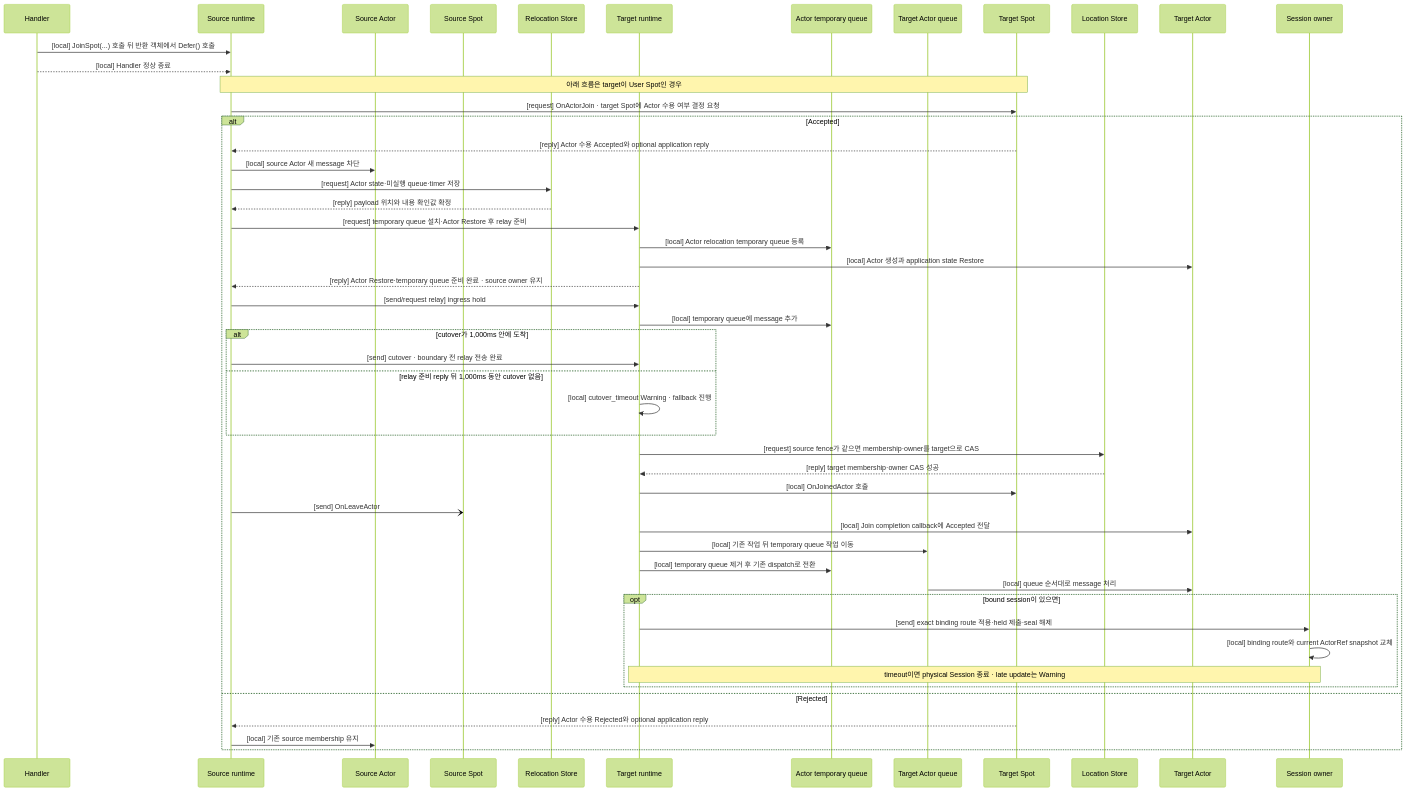
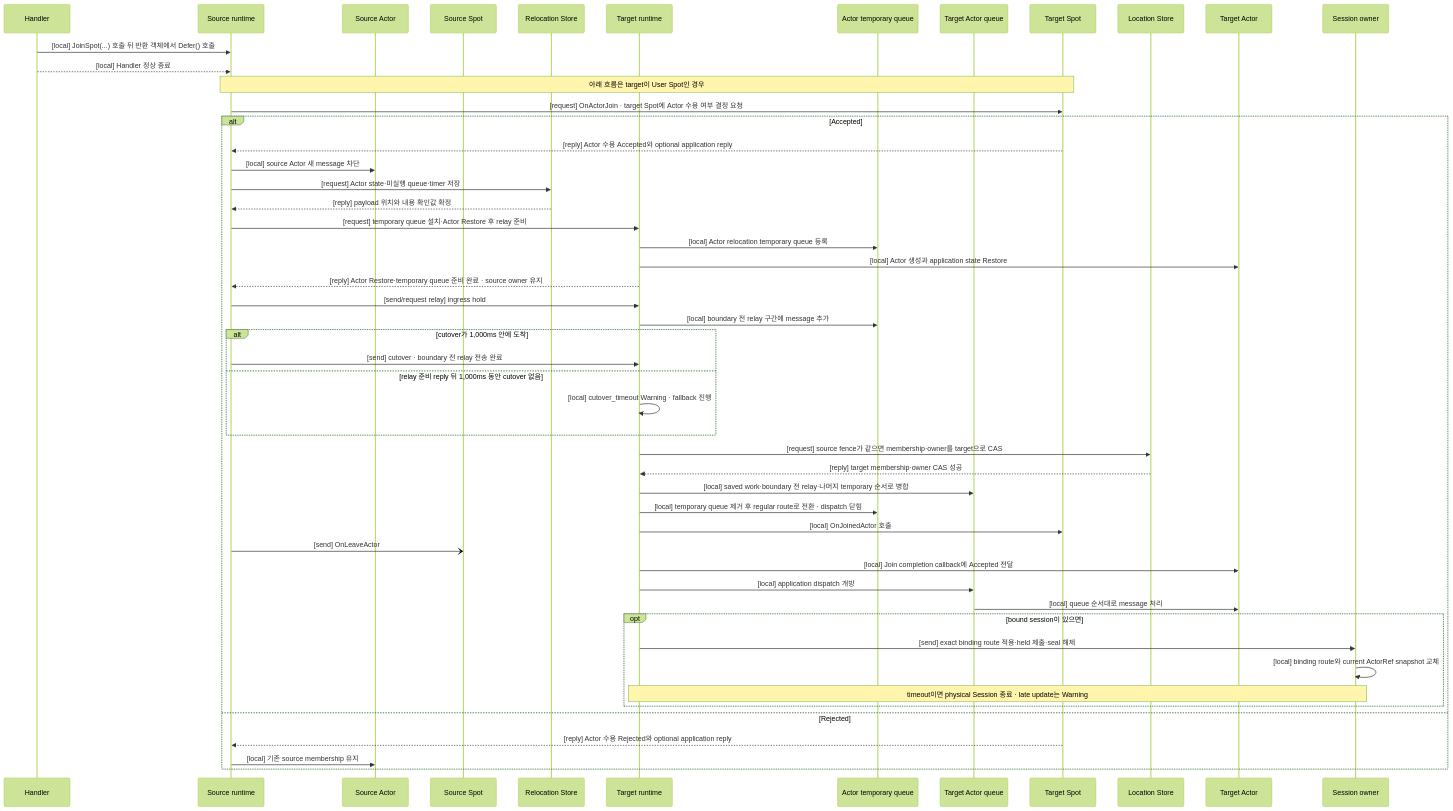
Before and after one commit to zlink-systems/zlink: the second of 3 diagrams in framework/doc/framework/common/spec/15-spot-actor.ko.md, drawn with Mermaid (forest theme). The commit also changed other lines of this file and 293 other files, not shown here.

````diff
--- a/framework/doc/framework/common/spec/15-spot-actor.ko.md
+++ b/framework/doc/framework/common/spec/15-spot-actor.ko.md
@@ -467,53 +469,54 @@
 ```mermaid
 sequenceDiagram
     participant Handler
     participant SourceRuntime as Source runtime
     participant SourceActor as Source Actor
     participant SourceSpot as Source Spot
     participant RelocationStore as Relocation Store
     participant TargetRuntime as Target runtime
     participant TargetTemp as Actor temporary queue
     participant TargetQueue as Target Actor queue
     participant TargetSpot as Target Spot
     participant LocationStore as Location Store
     participant TargetActor as Target Actor
     participant SessionOwner as Session owner
 
     Handler->>SourceRuntime: [local] JoinSpot(...) 호출 뒤 반환 객체에서 Defer() 호출
     Handler-->>SourceRuntime: [local] Handler 정상 종료
     Note over SourceRuntime,TargetSpot: 아래 흐름은 target이 User Spot인 경우
     SourceRuntime->>TargetSpot: [request] OnActorJoin · target Spot에 Actor 수용 여부 결정 요청
     alt Accepted
         TargetSpot-->>SourceRuntime: [reply] Actor 수용 Accepted와 optional application reply
         SourceRuntime->>SourceActor: [local] source Actor 새 message 차단
         SourceRuntime->>RelocationStore: [request] Actor state·미실행 queue·timer 저장
         RelocationStore-->>SourceRuntime: [reply] payload 위치와 내용 확인값 확정
         SourceRuntime->>TargetRuntime: [request] temporary queue 설치·Actor Restore 후 relay 준비
         TargetRuntime->>TargetTemp: [local] Actor relocation temporary queue 등록
         TargetRuntime->>TargetActor: [local] Actor 생성과 application state Restore
         TargetRuntime-->>SourceRuntime: [reply] Actor Restore·temporary queue 준비 완료 · source owner 유지
         SourceRuntime->>TargetRuntime: [send/request relay] ingress hold
-        TargetRuntime->>TargetTemp: [local] temporary queue에 message 추가
+        TargetRuntime->>TargetTemp: [local] boundary 전 relay 구간에 message 추가
         alt cutover가 1,000ms 안에 도착
             SourceRuntime->>TargetRuntime: [send] cutover · boundary 전 relay 전송 완료
         else relay 준비 reply 뒤 1,000ms 동안 cutover 없음
             TargetRuntime->>TargetRuntime: [local] cutover_timeout Warning · fallback 진행
         end
         TargetRuntime->>LocationStore: [request] source fence가 같으면 membership·owner를 target으로 CAS
         LocationStore-->>TargetRuntime: [reply] target membership·owner CAS 성공
+        TargetRuntime->>TargetQueue: [local] saved work·boundary 전 relay·나머지 temporary 순서로 병합
+        TargetRuntime->>TargetTemp: [local] temporary queue 제거 후 regular route로 전환 · dispatch 닫힘
         TargetRuntime->>TargetSpot: [local] OnJoinedActor 호출
         SourceRuntime-)SourceSpot: [send] OnLeaveActor
         TargetRuntime->>TargetActor: [local] Join completion callback에 Accepted 전달
-        TargetRuntime->>TargetQueue: [local] 기존 작업 뒤 temporary queue 작업 이동
-        TargetRuntime->>TargetTemp: [local] temporary queue 제거 후 기존 dispatch로 전환
+        TargetRuntime->>TargetQueue: [local] application dispatch 개방
         TargetQueue->>TargetActor: [local] queue 순서대로 message 처리
         opt bound session이 있으면
             TargetRuntime->>SessionOwner: [send] exact binding route 적용·held 제출·seal 해제
             SessionOwner->>SessionOwner: [local] binding route와 current ActorRef snapshot 교체
             Note over TargetRuntime,SessionOwner: timeout이면 physical Session 종료 · late update는 Warning
         end
     else Rejected
         TargetSpot-->>SourceRuntime: [reply] Actor 수용 Rejected와 optional application reply
         SourceRuntime->>SourceActor: [local] 기존 source membership 유지
     end
 ```
````
